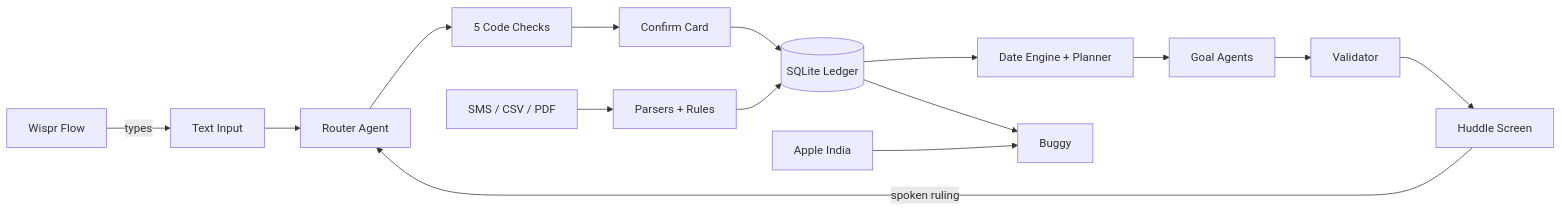
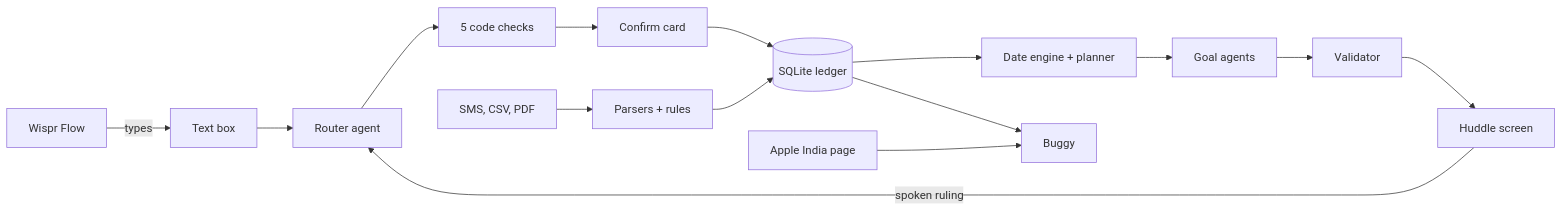
Before and after one commit to yashm-0804/PennyWise: the diagram in README.md, drawn with Mermaid. The commit also changed other lines of this file and 8 other files, not shown here.

````diff
--- a/README.md
+++ b/README.md
@@ -152,16 +173,17 @@
 ```mermaid
 flowchart LR
-  flow["Wispr Flow"] -->|types| box["Text Input"]
-  box --> router["Router Agent"]
-  files["SMS / CSV / PDF"] --> ingest["Parsers + Rules"]
-  router --> checks["5 Code Checks"] --> confirm["Confirm Card"]
-  confirm --> ledger[("SQLite Ledger")]
+  flow["Wispr Flow"] -->|types| box["Text box"]
+  files["SMS, CSV, PDF"] --> ingest["Parsers + rules"]
+  box --> router["Router agent"]
+  router --> checks["5 code checks"]
+  checks --> confirm["Confirm card"]
+  confirm --> ledger[("SQLite ledger")]
   ingest --> ledger
-  ledger --> engine["Date Engine + Planner"]
-  engine --> goals["Goal Agents"]
+  ledger --> engine["Date engine + planner"]
+  engine --> goals["Goal agents"]
   goals --> validator["Validator"]
-  validator --> panel["Huddle Screen"]
-  panel -->|"spoken ruling"| router
-  ledger --> munshi["Buggy"]
-  apple["Apple India"] --> munshi
+  validator --> huddle["Huddle screen"]
+  huddle -->|spoken ruling| router
+  ledger --> buggy["Buggy"]
+  apple["Apple India page"] --> buggy
 ```
````
